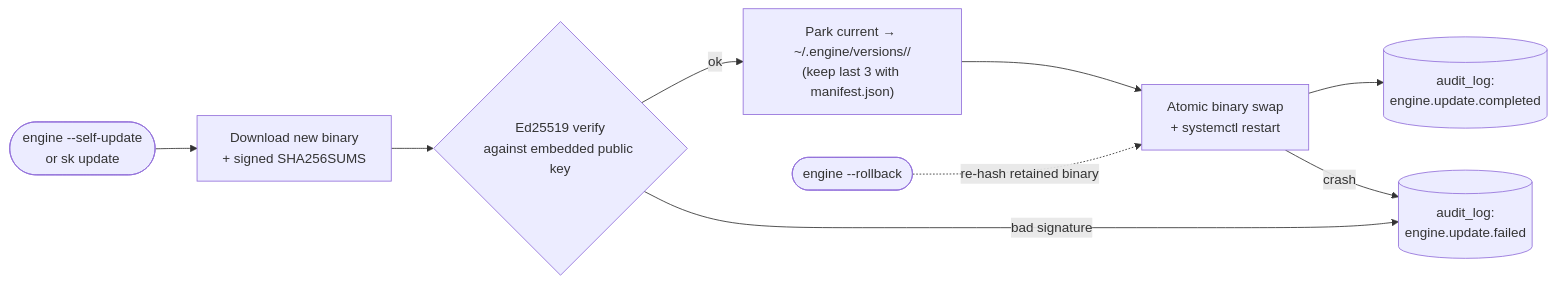
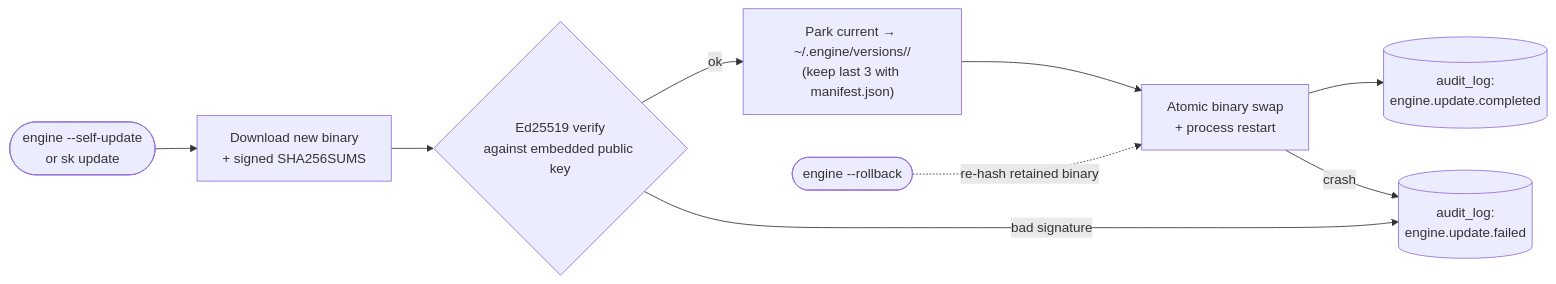
Before and after one commit to MikeBild/subkit: the second of 2 diagrams in docs/08-operations.md, drawn with Mermaid. The commit also changed 3 other files, not shown here.

````diff
--- a/docs/08-operations.md
+++ b/docs/08-operations.md
@@ -247,17 +247,17 @@
 ```mermaid
 flowchart LR
     Trigger(["engine --self-update<br/>or sk update"])
     Fetch["Download new binary<br/>+ signed SHA256SUMS"]
     Verify{"Ed25519 verify<br/>against embedded public key"}
     Park["Park current → ~/.engine/versions/<v>/<br/>(keep last 3 with manifest.json)"]
-    Swap["Atomic binary swap<br/>+ systemctl restart"]
+    Swap["Atomic binary swap<br/>+ process restart"]
     Audit[("audit_log:<br/>engine.update.completed")]
     Fail[("audit_log:<br/>engine.update.failed")]
     Rollback(["engine --rollback"])
 
     Trigger --> Fetch --> Verify
     Verify -- ok --> Park --> Swap --> Audit
     Verify -- bad signature --> Fail
     Swap -- crash --> Fail
     Rollback -. re-hash retained binary .-> Swap
 ```
````
